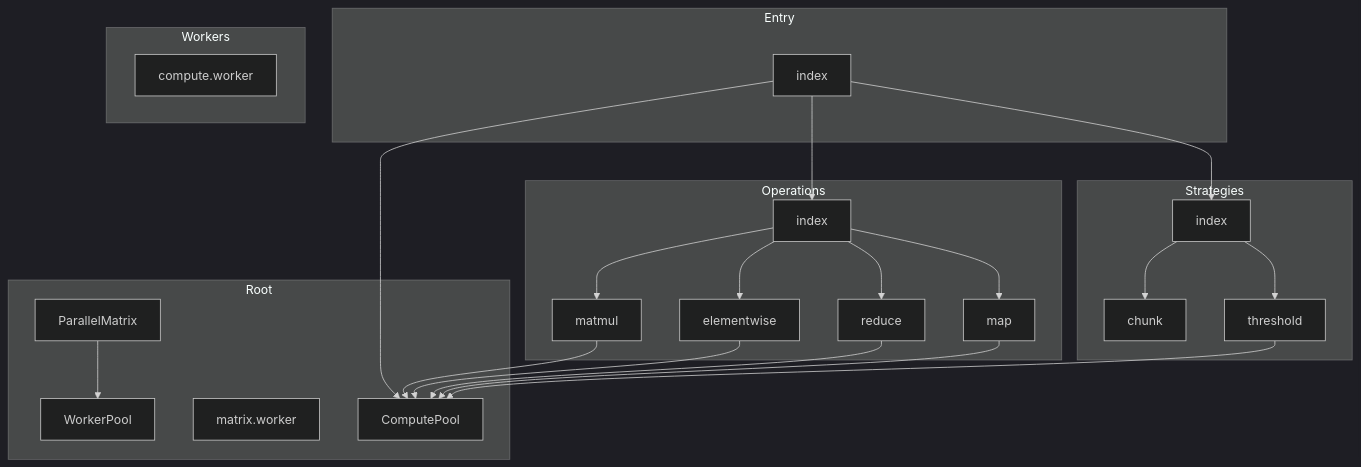
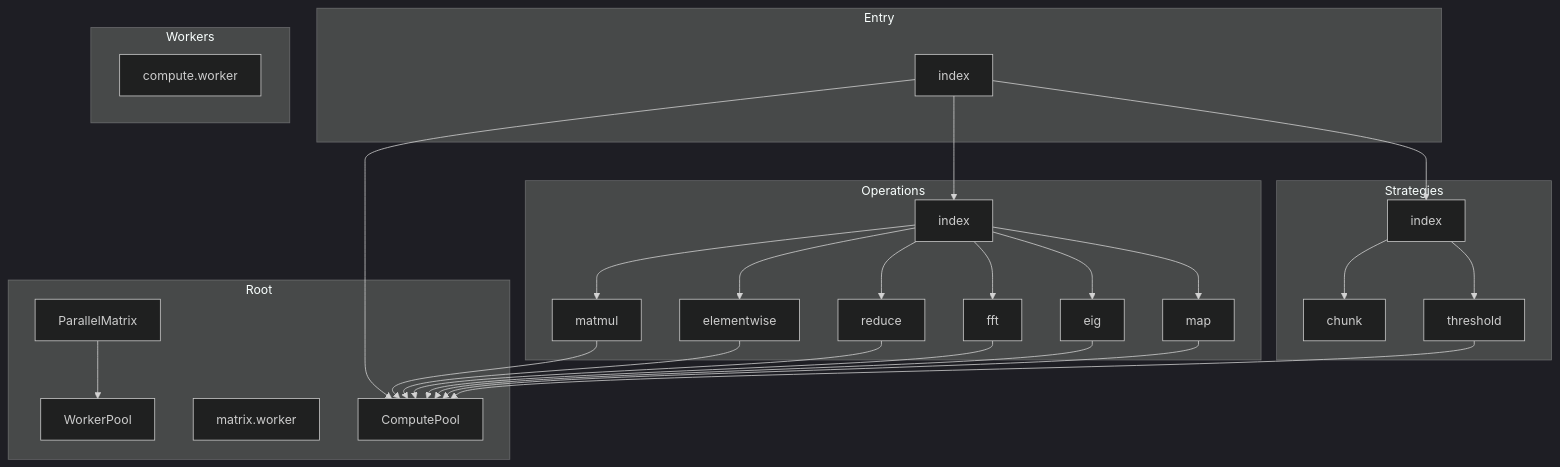
One commit to danielsimonjr/MathTS changed the diagram in docs/Architecture/dependency-graphs/parallel/DEPENDENCY_GRAPH.md. Above: the diagram before and after it, drawn with Mermaid (dark theme). The commit also changed other lines of this file and 76 other files, not shown here.

First line of the commit message:
docs: regenerate all dependency graphs + update all docs for 2304 tests / 302 functions

````diff
--- a/docs/Architecture/dependency-graphs/parallel/DEPENDENCY_GRAPH.md
+++ b/docs/Architecture/dependency-graphs/parallel/DEPENDENCY_GRAPH.md
@@ -261,47 +293,53 @@
 ```mermaid
 graph TD
     subgraph Root
         N0[ComputePool]
         N1[matrix.worker]
         N2[ParallelMatrix]
         N3[WorkerPool]
     end
 
     subgraph Entry
         N4[index]
     end
 
     subgraph Operations
-        N5[elementwise]
-        N6[index]
-        N7[map]
-        N8[matmul]
-        N9[reduce]
+        N5[eig]
+        N6[elementwise]
+        N7[fft]
+        N8[index]
+        N9[map]
+        N10[matmul]
+        N11[reduce]
     end
 
     subgraph Strategies
-        N10[chunk]
-        N11[index]
-        N12[threshold]
+        N12[chunk]
+        N13[index]
+        N14[threshold]
     end
 
     subgraph Workers
-        N13[compute.worker]
+        N15[compute.worker]
     end
 
     N4 --> N0
-    N4 --> N6
-    N4 --> N11
+    N4 --> N8
+    N4 --> N13
     N5 --> N0
-    N6 --> N8
-    N6 --> N5
-    N6 --> N9
-    N6 --> N7
+    N6 --> N0
     N7 --> N0
-    N8 --> N0
+    N8 --> N10
+    N8 --> N6
+    N8 --> N11
+    N8 --> N7
+    N8 --> N5
+    N8 --> N9
     N9 --> N0
+    N10 --> N0
+    N11 --> N0
     N2 --> N3
-    N11 --> N10
-    N11 --> N12
-    N12 --> N0
+    N13 --> N12
+    N13 --> N14
+    N14 --> N0
 ```
````
